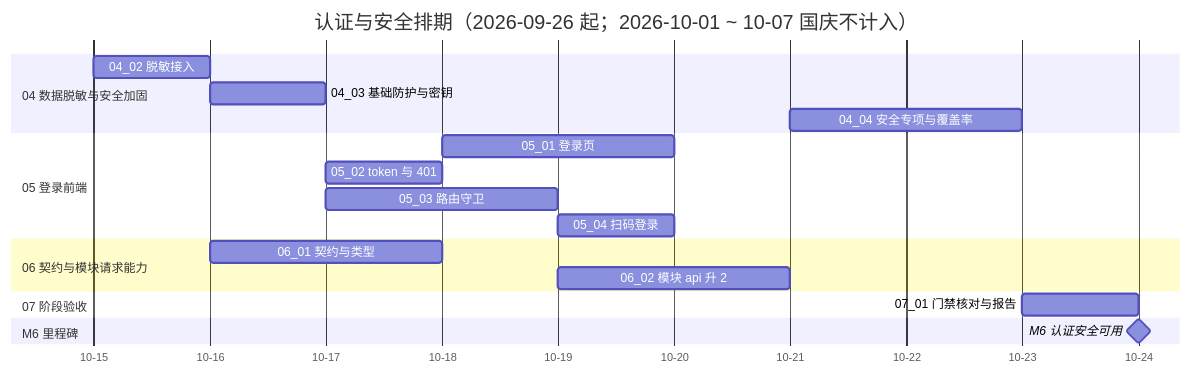
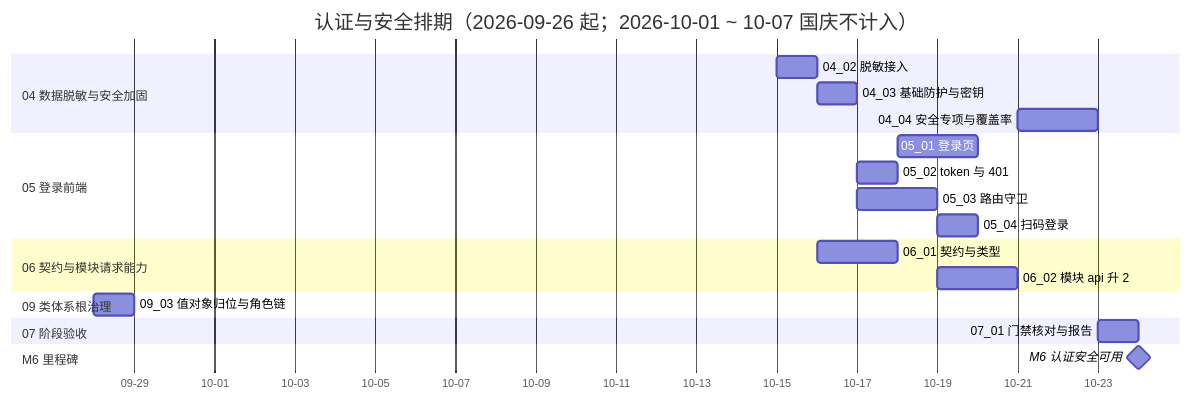
One commit to minjian123/basic-management-system changed the diagram in bms文档/项目/06_认证与安全/计划/01_计划_认证与安全.md. Above: the diagram before and after it, drawn with Mermaid. The commit also changed other lines of this file and 8 other files, not shown here.

````diff
--- a/bms文档/项目/06_认证与安全/计划/01_计划_认证与安全.md
+++ b/bms文档/项目/06_认证与安全/计划/01_计划_认证与安全.md
@@ -65,22 +65,24 @@
 ```mermaid
 gantt
     title 认证与安全排期（2026-09-26 起；2026-10-01 ~ 10-07 国庆不计入）
     dateFormat  YYYY-MM-DD
     axisFormat %m-%d
     section 04 数据脱敏与安全加固
     04_02 脱敏接入 :d2, 2026-10-15, 1d
     04_03 基础防护与密钥 :d3, 2026-10-16, 1d
     04_04 安全专项与覆盖率 :d4, 2026-10-21, 2d
     section 05 登录前端
     05_01 登录页 :e1, 2026-10-18, 2d
     05_02 token 与 401 :e2, 2026-10-17, 1d
     05_03 路由守卫 :e3, 2026-10-17, 2d
     05_04 扫码登录 :e4, 2026-10-19, 1d
     section 06 契约与模块请求能力
     06_01 契约与类型 :f1, 2026-10-16, 2d
     06_02 模块 api 升 2 :f2, 2026-10-19, 2d
+    section 09 类体系根治理
+    09_03 值对象归位与角色链 :h1, 2026-09-28, 1d
     section 07 阶段验收
     07_01 门禁核对与报告 :g1, 2026-10-23, 1d
     section M6 里程碑
     M6 认证安全可用 :milestone, mm6, 2026-10-24, 0d
 ```
````
